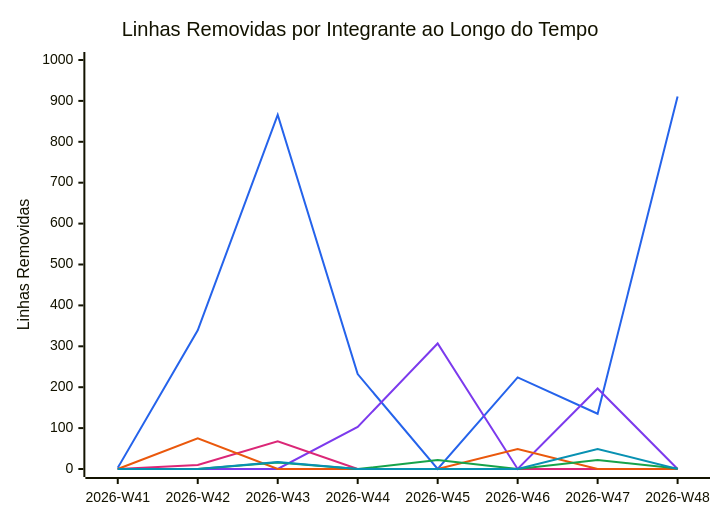
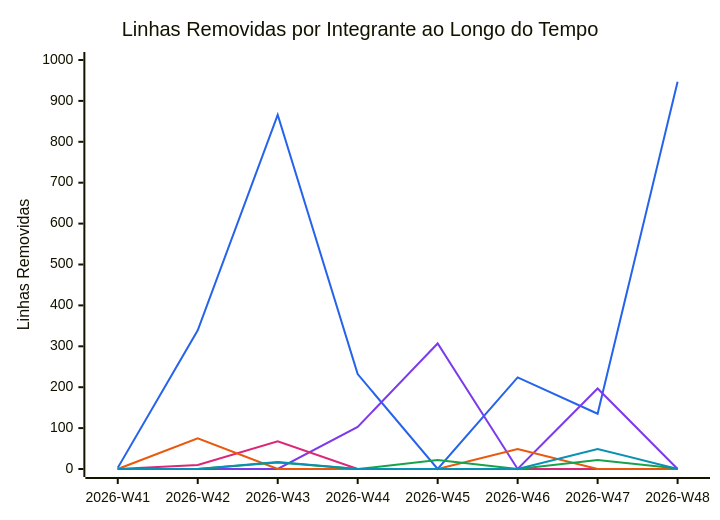
Before and after one commit to FCTE-Qualidade-de-Software-1/2026-2_T01_FRANS_BILAS: the diagram in documentation/snippets/management/code-deletions.mmd, drawn with Mermaid. The commit also changed 3 other files, not shown here.

```diff
--- a/documentation/snippets/management/code-deletions.mmd
+++ b/documentation/snippets/management/code-deletions.mmd
@@ -1,11 +1,11 @@
 %%{init: {"themeVariables": {"xyChart": {"plotColorPalette": "#2563eb, #7c3aed, #db2777, #ea580c, #16a34a, #0891b2"}}}}%%
 xychart-beta
     title "Linhas Removidas por Integrante ao Longo do Tempo"
     x-axis ["2026-W41", "2026-W42", "2026-W43", "2026-W44", "2026-W45", "2026-W46", "2026-W47", "2026-W48"]
     y-axis "Linhas Removidas" 0 --> 1000
-    line [3, 339, 866, 232, 0, 224, 135, 911]
+    line [3, 339, 866, 232, 0, 224, 135, 947]
     line [0, 0, 0, 103, 307, 0, 197, 0]
     line [0, 10, 68, 0, 0, 0, 0, 0]
     line [0, 75, 0, 0, 0, 49, 0, 0]
     line [0, 0, 16, 0, 22, 0, 22, 1]
     line [0, 0, 17, 0, 0, 0, 49, 0]
```
